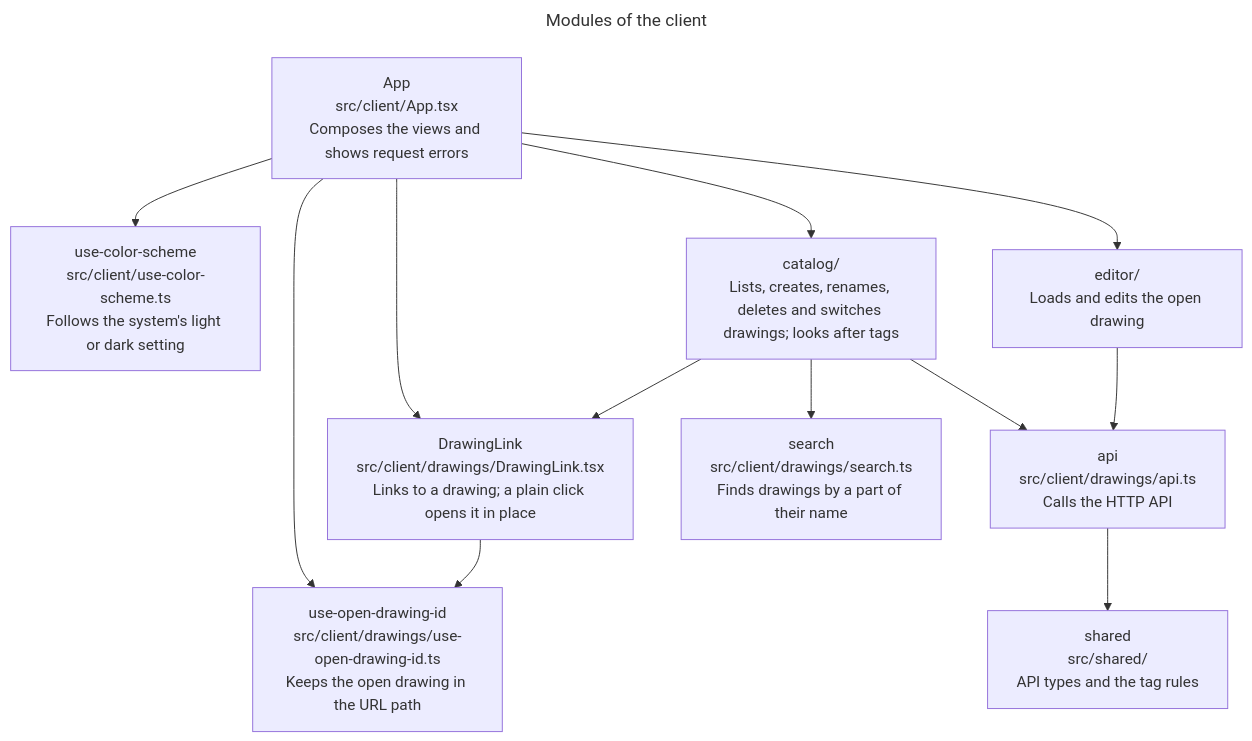
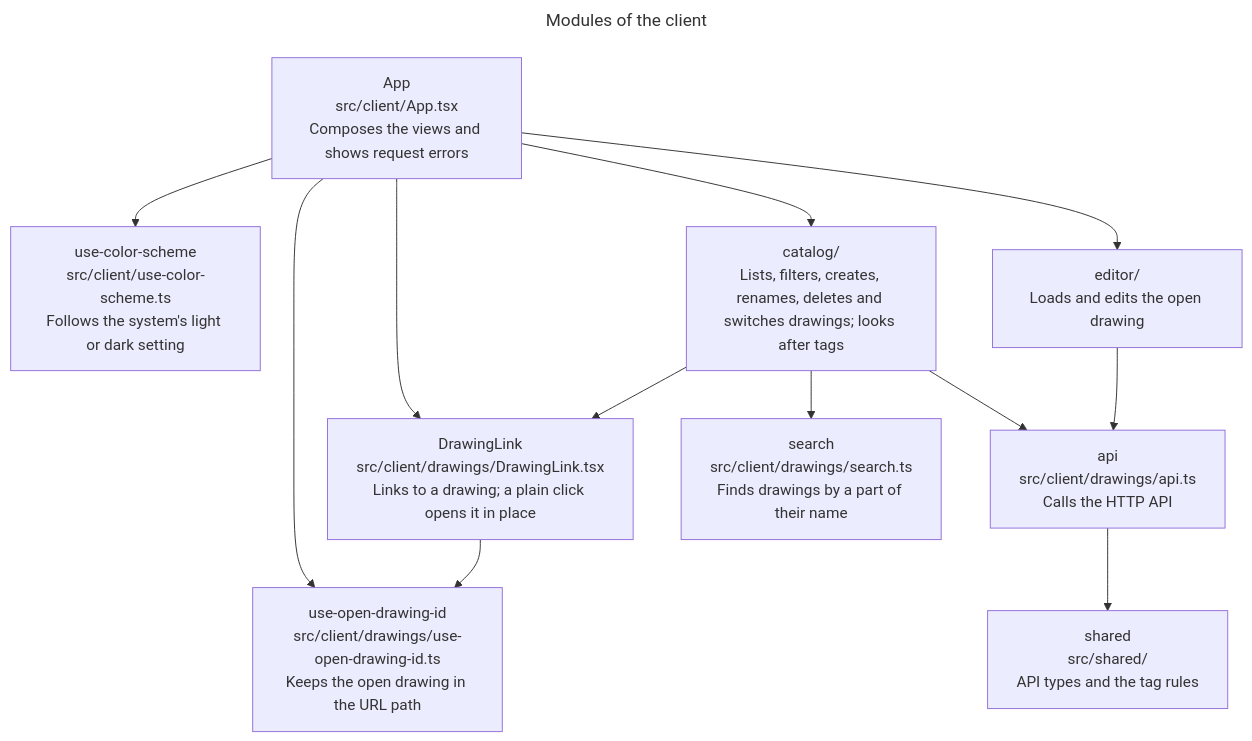
One commit to remshams/excalidraw-dashboard changed the fifth of 11 diagrams in docs/architecture/architecture.md. Above: the diagram before and after it, drawn with Mermaid. The commit also changed other lines of this file and 1 other file, not shown here.

Commit message:
docs(Architecture): describe the tag filter, the Filter by row and the search state in App

````diff
--- a/docs/architecture/architecture.md
+++ b/docs/architecture/architecture.md
@@ -153,20 +157,20 @@
 ```mermaid
 ---
 title: Modules of the client
 ---
 flowchart TD
     app["App<br>src/client/App.tsx<br>Composes the views and shows request errors"]:::module
     scheme["use-color-scheme<br>src/client/use-color-scheme.ts<br>Follows the system's light or dark setting"]:::module
-    catalog["catalog/<br>Lists, creates, renames, deletes and switches drawings; looks after tags"]:::group
+    catalog["catalog/<br>Lists, filters, creates, renames, deletes and switches drawings; looks after tags"]:::group
     editor["editor/<br>Loads and edits the open drawing"]:::group
     openId["use-open-drawing-id<br>src/client/drawings/use-open-drawing-id.ts<br>Keeps the open drawing in the URL path"]:::module
     link["DrawingLink<br>src/client/drawings/DrawingLink.tsx<br>Links to a drawing; a plain click opens it in place"]:::module
     api["api<br>src/client/drawings/api.ts<br>Calls the HTTP API"]:::module
     search["search<br>src/client/drawings/search.ts<br>Finds drawings by a part of their name"]:::module
     shared["shared<br>src/shared/<br>API types and the tag rules"]:::module
     app --> scheme & catalog & editor & openId & link
     catalog --> api & link & search
     link --> openId
     editor --> api
     api --> shared
 ```
````
